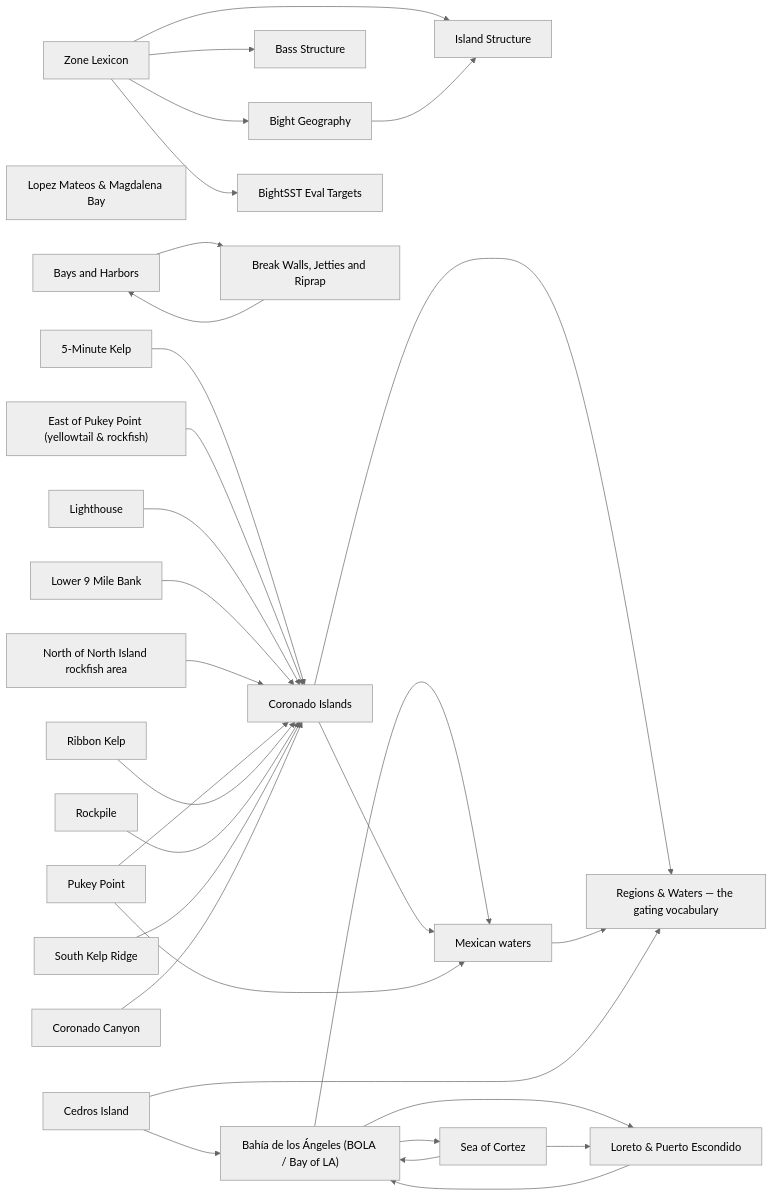
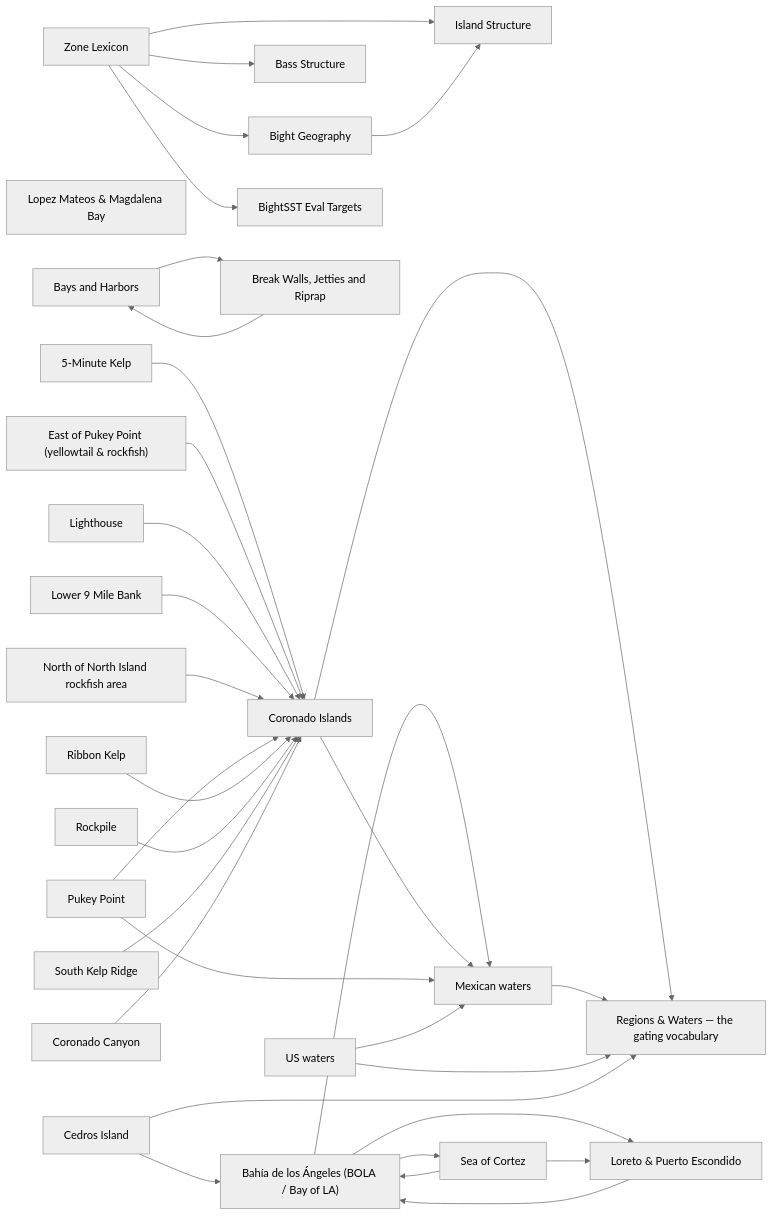
One commit to camchuckpete-max/Socal-Fishing-Knowledge changed the diagram in locations/README.md. Above: the diagram before and after it, drawn with Mermaid (neutral theme). The commit also changed other lines of this file and 12 other files, not shown here.

````diff
--- a/locations/README.md
+++ b/locations/README.md
@@ -41,57 +42,60 @@
 ```mermaid
 graph LR
   n0["5-Minute Kelp"]
   n1["Bahía de los Ángeles (BOLA / Bay of LA)"]
   n2["Lopez Mateos & Magdalena Bay"]
   n3["Bass Structure"]
   n4["Bays and Harbors"]
   n5["Bight Geography"]
   n6["BightSST Eval Targets"]
   n7["Break Walls, Jetties and Riprap"]
   n8["Cedros Island"]
   n9["Coronado Canyon"]
   n10["Coronado Islands"]
   n11["East of Pukey Point (yellowtail & rockfish)"]
   n12["Island Structure"]
   n13["Lighthouse"]
   n14["Loreto & Puerto Escondido"]
   n15["Lower 9 Mile Bank"]
   n16["Mexican waters"]
   n17["North of North Island rockfish area"]
   n18["Pukey Point"]
   n19["Regions & Waters — the gating vocabulary"]
   n20["Ribbon Kelp"]
   n21["Rockpile"]
   n22["Sea of Cortez"]
   n23["South Kelp Ridge"]
-  n24["Zone Lexicon"]
+  n24["US waters"]
+  n25["Zone Lexicon"]
   n0 --> n10
   n1 --> n14
   n1 --> n16
   n1 --> n22
   n10 --> n16
   n10 --> n19
   n11 --> n10
   n13 --> n10
   n14 --> n1
   n15 --> n10
   n16 --> n19
   n17 --> n10
   n18 --> n10
   n18 --> n16
   n20 --> n10
   n21 --> n10
   n22 --> n1
   n22 --> n14
   n23 --> n10
-  n24 --> n12
-  n24 --> n3
-  n24 --> n5
-  n24 --> n6
+  n24 --> n16
+  n24 --> n19
+  n25 --> n12
+  n25 --> n3
+  n25 --> n5
+  n25 --> n6
   n4 --> n7
   n5 --> n12
   n7 --> n4
   n8 --> n1
   n8 --> n19
   n9 --> n10
 ```
````
